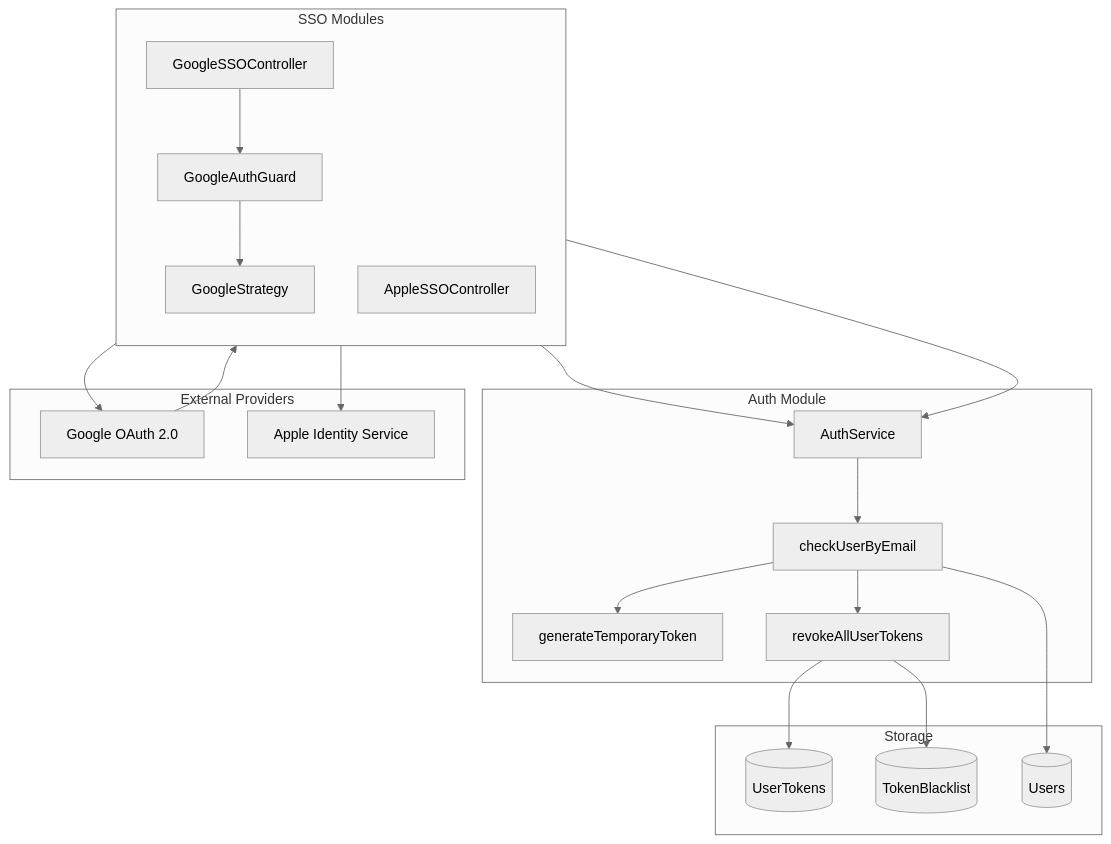
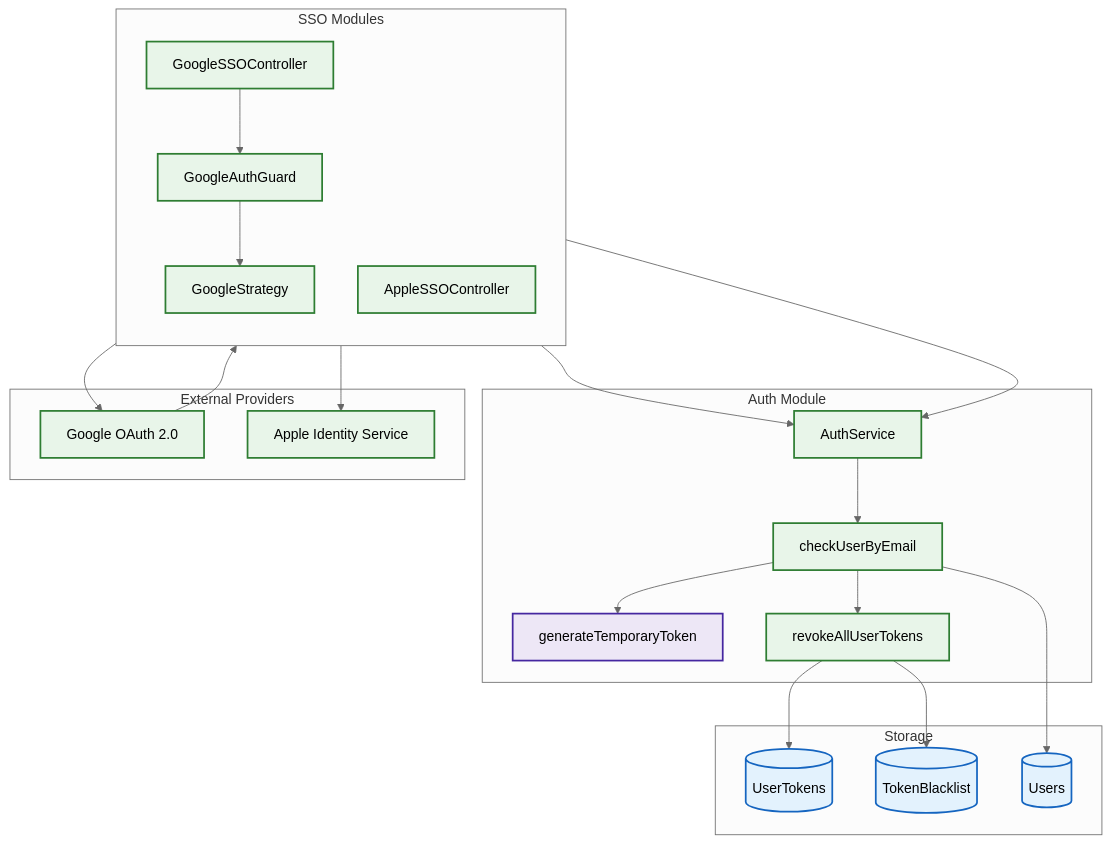
One commit to linhh011202/fyp-report changed the diagram in diagrams/sso_architecture.mmd. Above: the diagram before and after it, drawn with Mermaid (neutral theme). The commit also changed 107 other files, not shown here.

```diff
--- a/diagrams/sso_architecture.mmd
+++ b/diagrams/sso_architecture.mmd
@@ -1,43 +1,57 @@
 flowchart TB
     subgraph "SSO Modules"
         direction TB
         GSC[GoogleSSOController]
         ASC[AppleSSOController]
         GG[GoogleAuthGuard]
         GS[GoogleStrategy]
     end
 
     subgraph "Auth Module"
         AS[AuthService]
         CUE[checkUserByEmail]
         GTT[generateTemporaryToken]
         RAT[revokeAllUserTokens]
     end
 
     subgraph "External Providers"
         GO[Google OAuth 2.0]
         AP[Apple Identity Service]
     end
 
     subgraph "Storage"
         UT[(UserTokens)]
         TB[(TokenBlacklist)]
         US[(Users)]
     end
 
     GSC --> GG
     GG --> GS
     GS --> GO
     GO --> GS
 
     GSC --> AS
     ASC --> AS
-    
+
     AS --> CUE
     CUE --> US
     CUE --> GTT
     CUE --> RAT
     RAT --> TB
     RAT --> UT
 
     ASC --> AP
+
+    style GSC fill:#E8F5E9,stroke:#2E7D32,stroke-width:2px
+    style ASC fill:#E8F5E9,stroke:#2E7D32,stroke-width:2px
+    style GG fill:#E8F5E9,stroke:#2E7D32,stroke-width:2px
+    style GS fill:#E8F5E9,stroke:#2E7D32,stroke-width:2px
+    style AS fill:#E8F5E9,stroke:#2E7D32,stroke-width:2px
+    style CUE fill:#E8F5E9,stroke:#2E7D32,stroke-width:2px
+    style GTT fill:#EDE7F6,stroke:#4527A0,stroke-width:2px
+    style RAT fill:#E8F5E9,stroke:#2E7D32,stroke-width:2px
+    style GO fill:#E8F5E9,stroke:#2E7D32,stroke-width:2px
+    style AP fill:#E8F5E9,stroke:#2E7D32,stroke-width:2px
+    style UT fill:#E3F2FD,stroke:#1565C0,stroke-width:2px
+    style TB fill:#E3F2FD,stroke:#1565C0,stroke-width:2px
+    style US fill:#E3F2FD,stroke:#1565C0,stroke-width:2px
```
